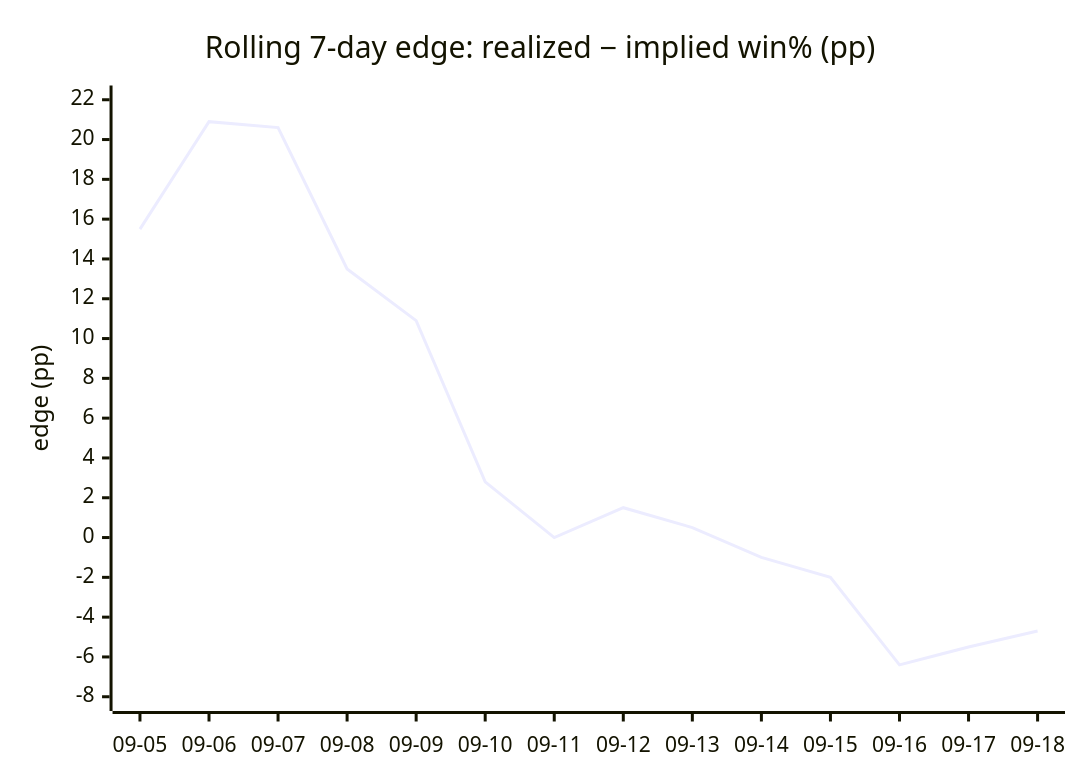
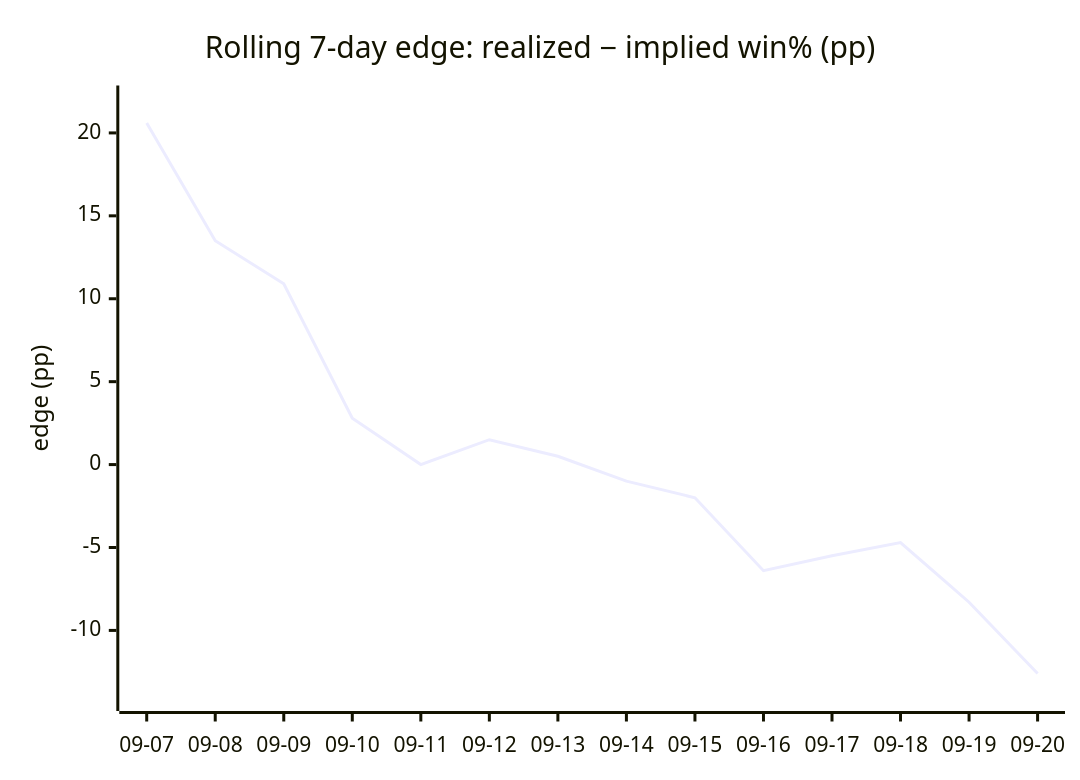
The fourth of 4 diagrams in DAILY_AGSU_REPORT.md (dpk1212/nhl-savant), drawn with Mermaid before and after one commit. The commit also changed other lines of this file, not shown here.

````diff
--- a/DAILY_AGSU_REPORT.md
+++ b/DAILY_AGSU_REPORT.md
@@ -853,7 +872,7 @@
 ```mermaid
 xychart-beta
     title "Rolling 7-day edge: realized − implied win% (pp)"
-    x-axis ["09-05", "09-06", "09-07", "09-08", "09-09", "09-10", "09-11", "09-12", "09-13", "09-14", "09-15", "09-16", "09-17", "09-18"]
-    y-axis "edge (pp)" -8 --> 22
-    line [15.5, 20.9, 20.6, 13.5, 10.9, 2.8, 0, 1.5, 0.5, -1, -2, -6.4, -5.5, -4.7]
+    x-axis ["09-07", "09-08", "09-09", "09-10", "09-11", "09-12", "09-13", "09-14", "09-15", "09-16", "09-17", "09-18", "09-19", "09-20"]
+    y-axis "edge (pp)" -14 --> 22
+    line [20.6, 13.5, 10.9, 2.8, 0, 1.5, 0.5, -1, -2, -6.4, -5.5, -4.7, -8.3, -12.6]
 ```
````
